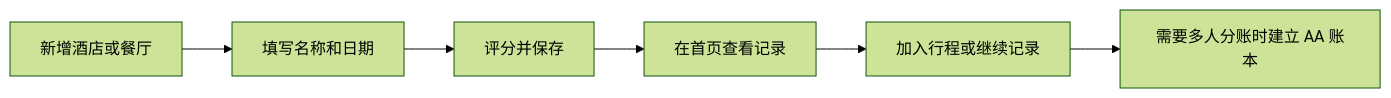
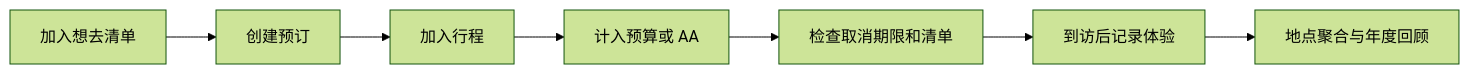
Before and after one commit to shihg7/wechat_mini_program: the first of 4 diagrams in docs/USER_GUIDE.md, drawn with Mermaid (forest theme). The commit also changed other lines of this file and 110 other files, not shown here.

````diff
--- a/docs/USER_GUIDE.md
+++ b/docs/USER_GUIDE.md
@@ -60,8 +113,16 @@
 ```mermaid
 flowchart LR
-    A[新增酒店或餐厅] --> B[填写名称和日期]
-    B --> C[评分并保存]
-    C --> D[在首页查看记录]
-    D --> E[加入行程或继续记录]
-    E --> F[需要多人分账时建立 AA 账本]
+    A["加入想去清单"]
+    B["创建预订"]
+    C["加入行程"]
+    D["计入预算或 AA"]
+    E["检查取消期限和清单"]
+    F["到访后记录体验"]
+    G["地点聚合与年度回顾"]
+    A --> B
+    B --> C
+    C --> D
+    D --> E
+    E --> F
+    F --> G
 ```
````
